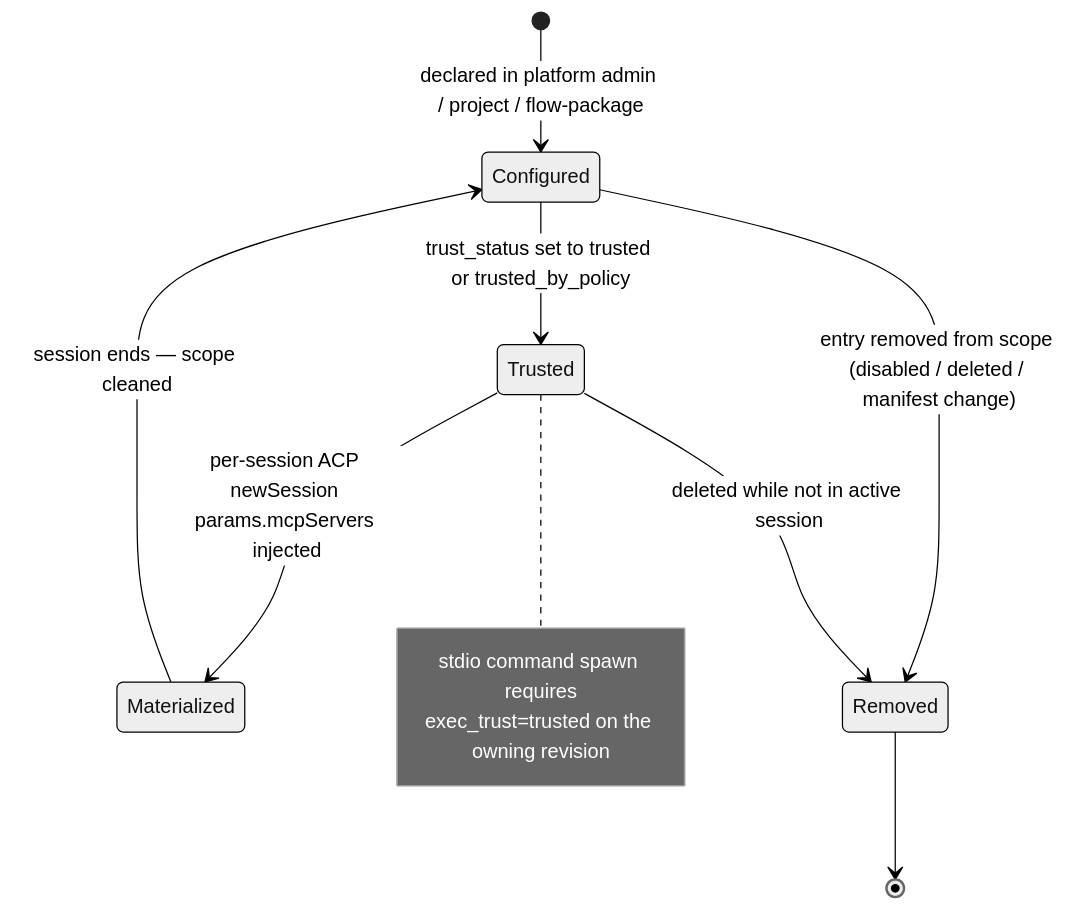
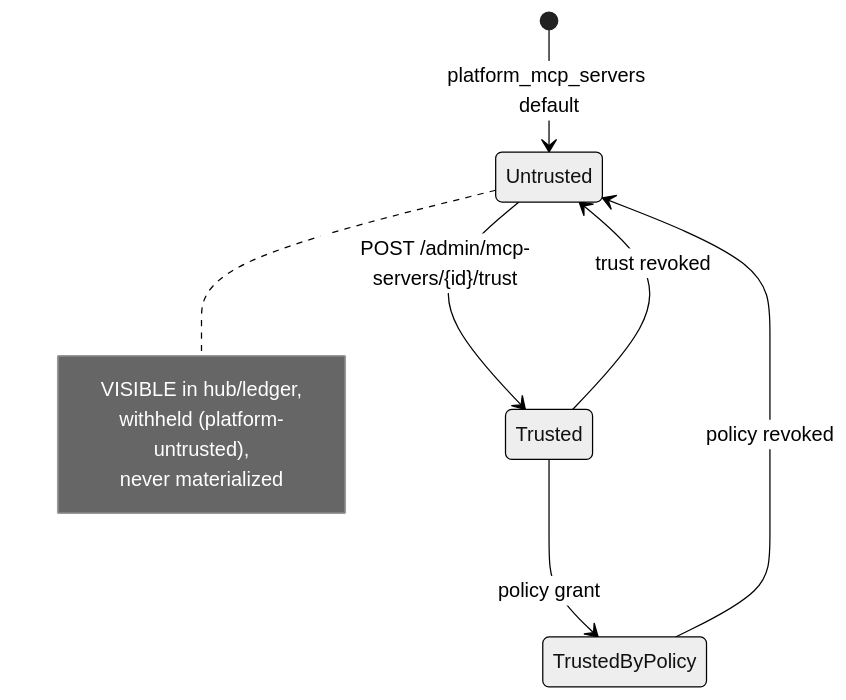
One commit to maister-dev/maister changed the second of 6 diagrams in docs/system-analytics/mcp-management.md. Above: the diagram before and after it, drawn with Mermaid (neutral theme). The commit also changed other lines of this file and 15 other files, not shown here.

````diff
--- a/docs/system-analytics/mcp-management.md
+++ b/docs/system-analytics/mcp-management.md
@@ -68,15 +103,13 @@
 ```mermaid
 stateDiagram-v2
-    [*] --> Configured: declared in platform admin / project / flow-package
-    Configured --> Trusted: trust_status set to trusted or trusted_by_policy
-    Trusted --> Materialized: per-session ACP newSession params.mcpServers injected
-    Materialized --> Configured: session ends — scope cleaned
-    Configured --> Removed: entry removed from scope (disabled / deleted / manifest change)
-    Trusted --> Removed: deleted while not in active session
-    Removed --> [*]
-
-    note right of Trusted
-      stdio command spawn requires
-      exec_trust=trusted on the owning revision
+    [*] --> Untrusted: platform_mcp_servers default
+    Untrusted --> Trusted: POST /admin/mcp-servers/{id}/trust
+    Trusted --> Untrusted: trust revoked
+    Trusted --> TrustedByPolicy: policy grant
+    TrustedByPolicy --> Untrusted: policy revoked
+    note right of Untrusted
+      VISIBLE in hub/ledger,
+      withheld (platform-untrusted),
+      never materialized
     end note
 ```
````
